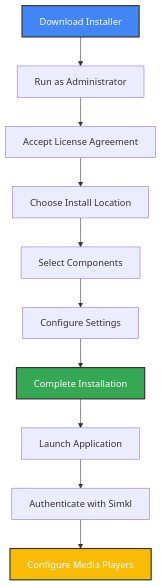
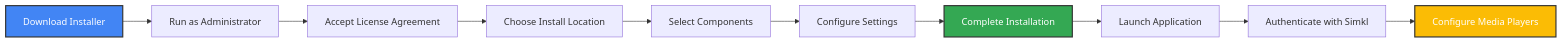
The first of 2 diagrams in docs/windows-guide.md (ByteTrix/Media-Player-Scrobbler-for-Simkl), drawn with Mermaid before and after one commit. The commit also changed other lines of this file, not shown here.

````diff
--- a/docs/windows-guide.md
+++ b/docs/windows-guide.md
@@ -13,15 +13,15 @@
 ```mermaid
-flowchart TD
+flowchart LR
     A[Download Installer] --> B[Run as Administrator]
     B --> C[Accept License Agreement]
     C --> D[Choose Install Location]
     D --> E[Select Components]
     E --> F[Configure Settings]
     F --> G[Complete Installation]
     G --> H[Launch Application]
     H --> I[Authenticate with Simkl]
     I --> J[Configure Media Players]
     style A fill:#4285f4,stroke:#333,stroke-width:2px,color:#fff
     style G fill:#34a853,stroke:#333,stroke-width:2px,color:#fff
     style J fill:#fbbc05,stroke:#333,stroke-width:2px,color:#fff
 ```
````
